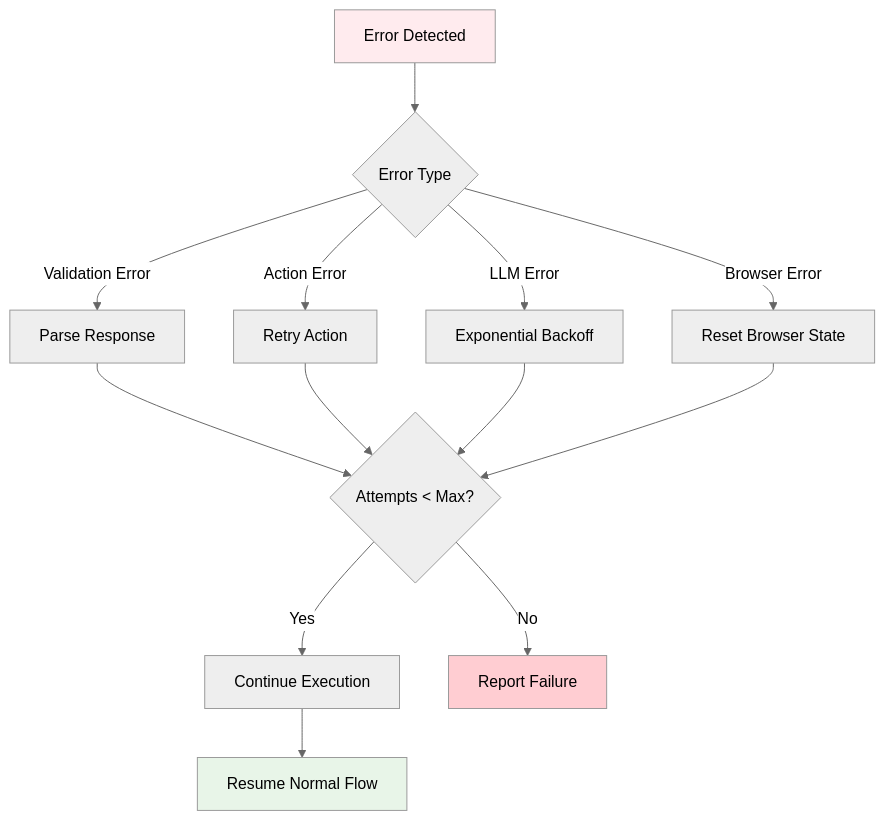
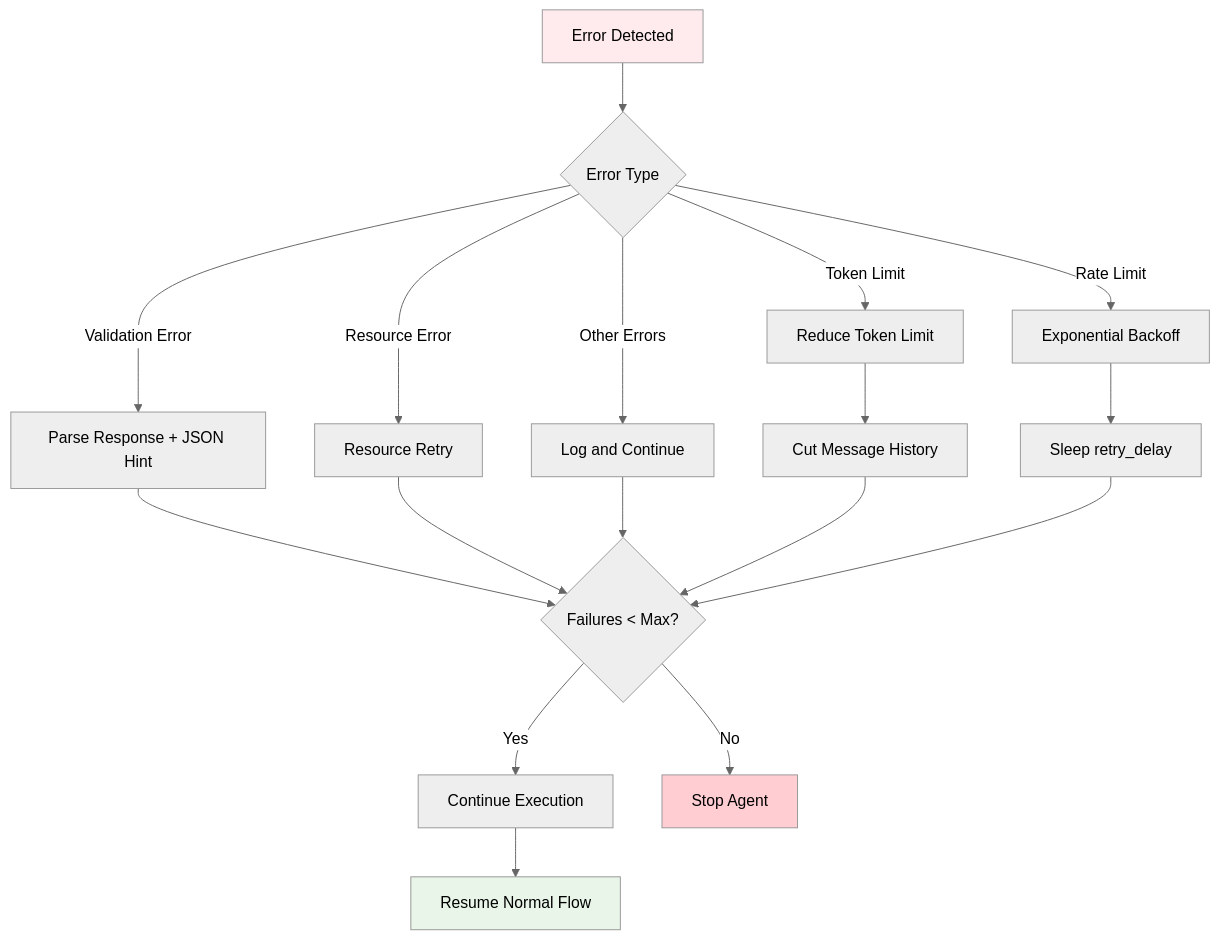
One commit to Sathursan-S/Browser.AI changed the seventh of 8 diagrams in docs/agent-implementation.md. Above: the diagram before and after it, drawn with Mermaid (neutral theme). The commit also changed other lines of this file, not shown here.

Commit message:
Fix agent implementation documentation to reflect actual codebase - remove non-existent LangGraph and CrewAI agents

````diff
--- a/docs/agent-implementation.md
+++ b/docs/agent-implementation.md
@@ -345,23 +466,27 @@
 ```mermaid
 graph TD
     Error[Error Detected] --> Type{Error Type}
     
-    Type -->|Validation Error| Parse[Parse Response]
-    Type -->|Action Error| Retry[Retry Action]
-    Type -->|LLM Error| Backoff[Exponential Backoff]
-    Type -->|Browser Error| Reset[Reset Browser State]
+    Type -->|Validation Error| Parse[Parse Response + JSON Hint]
+    Type -->|Token Limit| Token[Reduce Token Limit]
+    Type -->|Rate Limit| Wait[Exponential Backoff]
+    Type -->|Resource Error| Retry[Resource Retry]
+    Type -->|Other Errors| Log[Log and Continue]
     
-    Parse --> Check{Attempts < Max?}
+    Parse --> Check{Failures < Max?}
+    Token --> Cut[Cut Message History]
+    Wait --> Delay[Sleep retry_delay]
     Retry --> Check
-    Backoff --> Check
-    Reset --> Check
+    Log --> Check
+    Cut --> Check
+    Delay --> Check
     
     Check -->|Yes| Continue[Continue Execution]
-    Check -->|No| Fail[Report Failure]
+    Check -->|No| Fail[Stop Agent]
     
     Continue --> Success[Resume Normal Flow]
     
     style Error fill:#ffebee
     style Fail fill:#ffcdd2
     style Success fill:#e8f5e8
 ```
````
